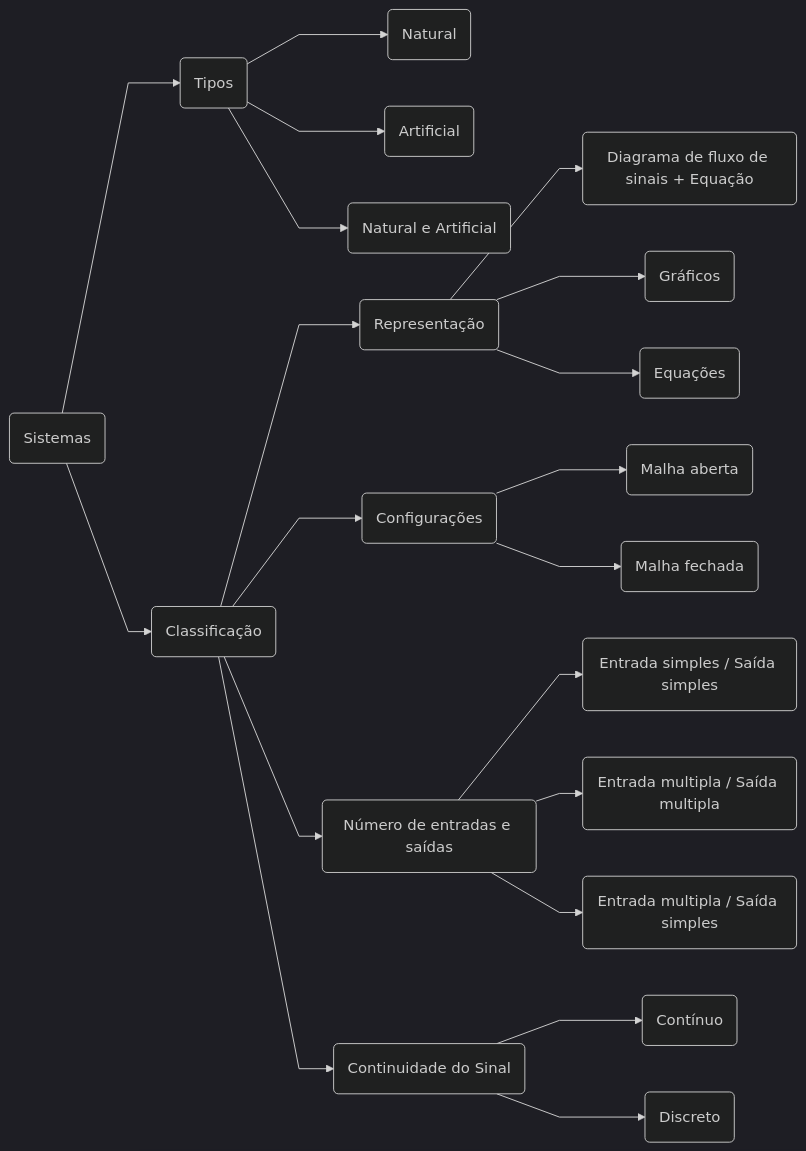
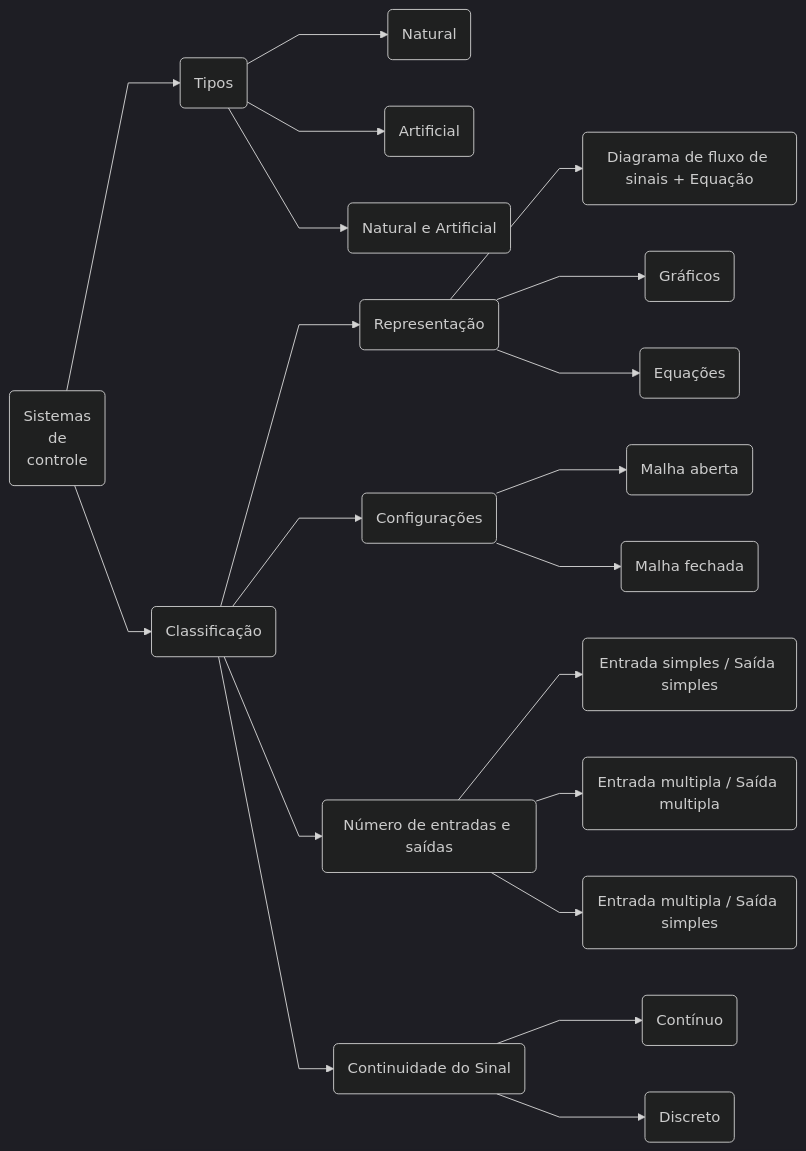
One commit to Eduardo-Milagres/meu-conhecimento changed the diagram in src/site/notes/Conhecimento Técnico/Modelagem e Controle de Sistemas.md. Above: the diagram before and after it, drawn with Mermaid (dark theme).

Commit message:
Update content src/site/notes/Conhecimento Técnico/Modelagem e Controle de Sistemas.md

````diff
--- a/src/site/notes/Conhecimento Técnico/Modelagem e Controle de Sistemas.md
+++ b/src/site/notes/Conhecimento Técnico/Modelagem e Controle de Sistemas.md
@@ -23,23 +23,24 @@
 ```mermaid
 %%{init: {"flowchart": {"curve": "linear"}}}%%
+ 
 flowchart LR
-	sistemas(Sistemas) --> tipos(Tipos)
+	 sistemas(Sistemas <br> de <br> controle) --> tipos(Tipos)
 		tipos --> natural(Natural)
 		tipos --> artificial(Artificial)
 		tipos --> natural_artificial(Natural e Artificial)
 	 sistemas --> classificacao(Classificação)
 		classificacao --> representacao(Representação)
 			representacao --> diagrama_equacao(Diagrama de fluxo de sinais + Equação)
 			representacao --> grafico(Gráficos)
 			representacao --> equacao(Equações)
 		classificacao --> configuracoes(Configurações)
 			configuracoes --> aberta(Malha aberta)
 			configuracoes --> fechada(Malha fechada)
 		classificacao --> n_entrada_saida(Número de entradas e saídas)
 			n_entrada_saida --> simples(Entrada simples / Saída simples)
 			n_entrada_saida --> multipla(Entrada multipla / Saída multipla)
 			n_entrada_saida --> multipla_simples(Entrada multipla / Saída simples)
 		classificacao --> continuidade(Continuidade do Sinal)
 			continuidade --> continuo(Contínuo)
 			continuidade --> discreto(Discreto)
 ```
````
